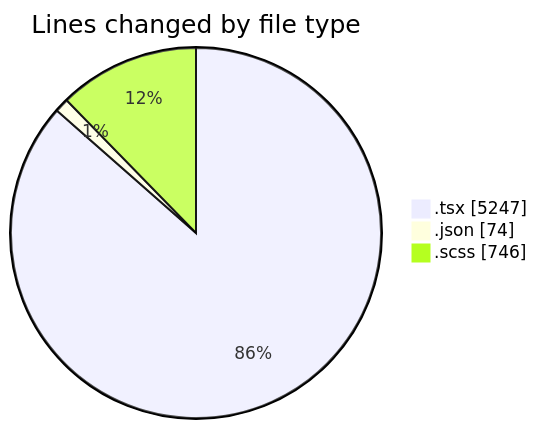
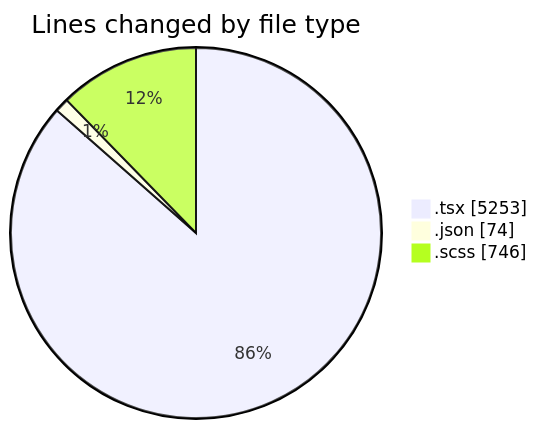
Before and after one commit to momahboobian/code-tracking: the first of 2 diagrams in 2025-04-08/cda/README.md, drawn with Mermaid. The commit also changed other lines of this file and 1 other file, not shown here.

````diff
--- a/2025-04-08/cda/README.md
+++ b/2025-04-08/cda/README.md
@@ -36,7 +36,7 @@
 ```mermaid
 pie showData
 title Lines changed by file type
-".tsx" : 5247
+".tsx" : 5253
 ".json" : 74
 ".scss" : 746
 ```
````
